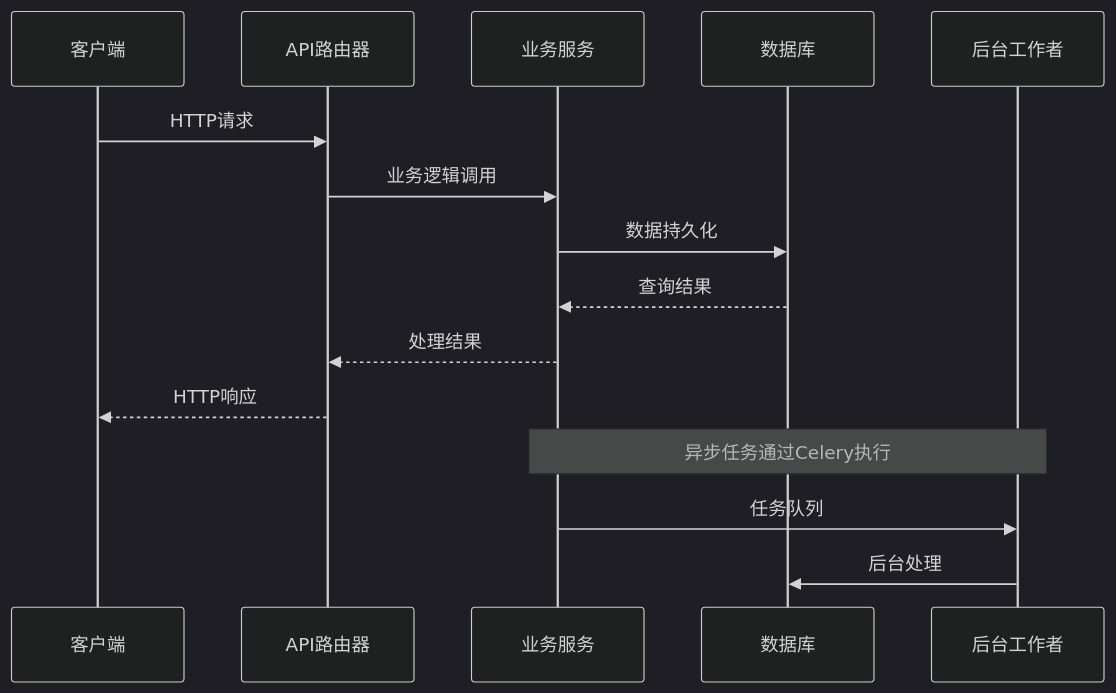
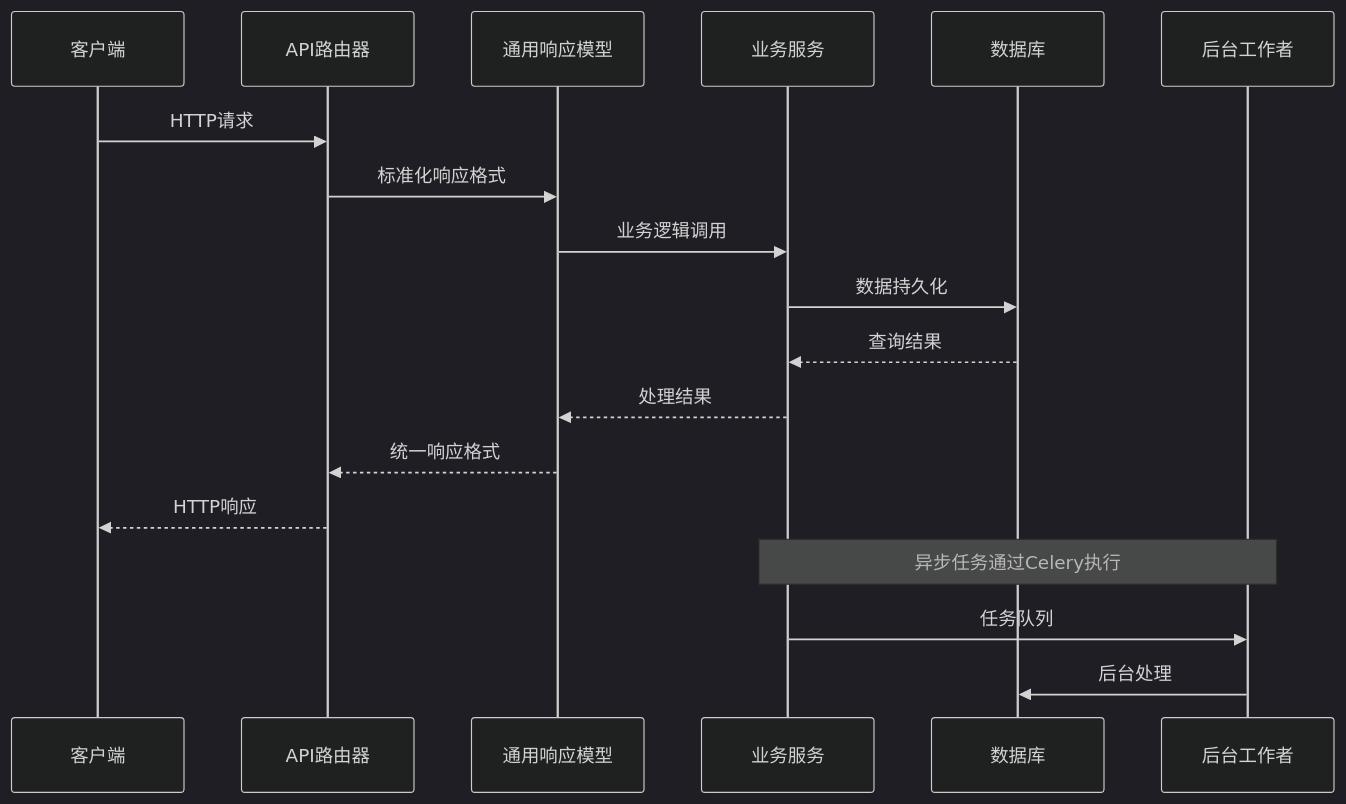
One commit to xfbyxq/ai-novel-system changed the second of 7 diagrams in .qoder/repowiki/zh/content/API接口文档/API接口文档.md. Above: the diagram before and after it, drawn with Mermaid (dark theme). The commit also changed other lines of this file and 84 other files, not shown here.

````diff
--- a/.qoder/repowiki/zh/content/API接口文档/API接口文档.md
+++ b/.qoder/repowiki/zh/content/API接口文档/API接口文档.md
@@ -116,17 +145,20 @@
 ```mermaid
 sequenceDiagram
 participant Client as 客户端
 participant API as API路由器
+participant Common as 通用响应模型
 participant Service as 业务服务
 participant DB as 数据库
 participant Worker as 后台工作者
 Client->>API : HTTP请求
-API->>Service : 业务逻辑调用
+API->>Common : 标准化响应格式
+Common->>Service : 业务逻辑调用
 Service->>DB : 数据持久化
 DB-->>Service : 查询结果
-Service-->>API : 处理结果
+Service-->>Common : 处理结果
+Common-->>API : 统一响应格式
 API-->>Client : HTTP响应
 Note over Service,Worker : 异步任务通过Celery执行
 Service->>Worker : 任务队列
 Worker->>DB : 后台处理
 ```
````
